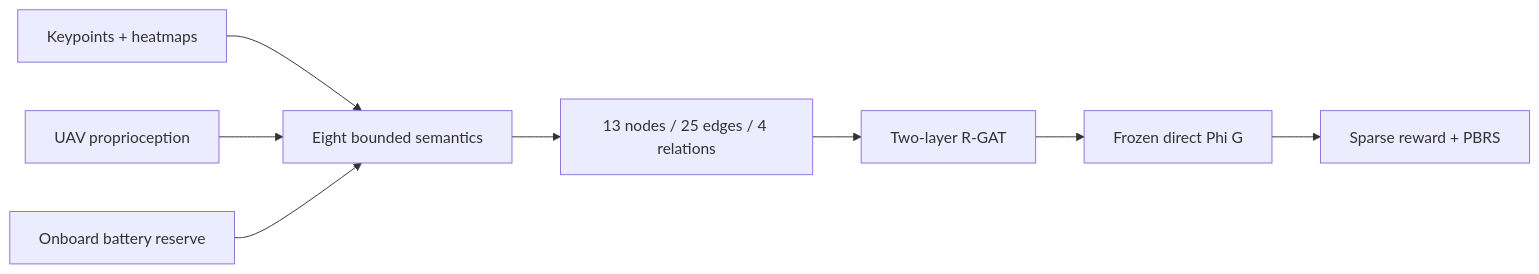
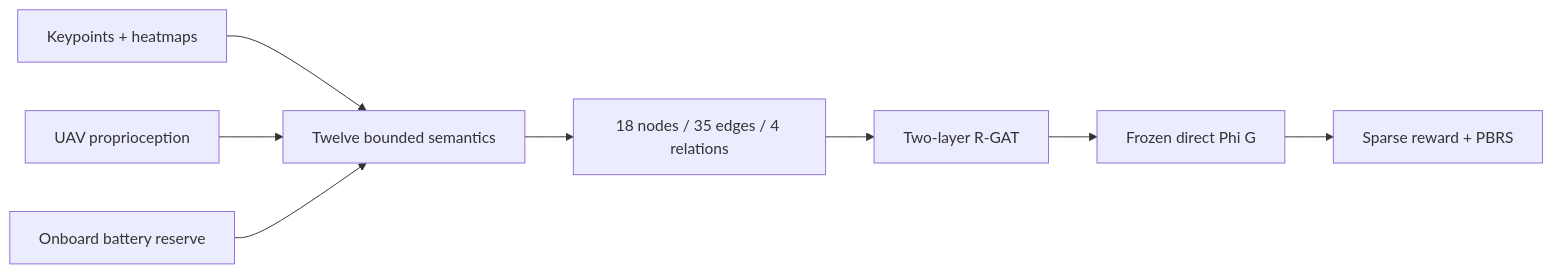
Before and after one commit to junsuk123/OntoReward-RL: the second of 2 diagrams in Ontology_RGAT_UAV_RL_ISAAC_PX4/README.md, drawn with Mermaid. The commit also changed other lines of this file and 28 other files, not shown here.

````diff
--- a/Ontology_RGAT_UAV_RL_ISAAC_PX4/README.md
+++ b/Ontology_RGAT_UAV_RL_ISAAC_PX4/README.md
@@ -114,10 +119,10 @@
 ```mermaid
 flowchart LR
-  KP[Keypoints + heatmaps] --> SEM[Eight bounded semantics]
+  KP[Keypoints + heatmaps] --> SEM[Twelve bounded semantics]
   UAV[UAV proprioception] --> SEM
   BAT[Onboard battery reserve] --> SEM
-  SEM --> GRAPH[13 nodes / 25 edges / 4 relations]
+  SEM --> GRAPH[18 nodes / 35 edges / 4 relations]
   GRAPH --> RGAT[Two-layer R-GAT]
   RGAT --> PHI[Frozen direct Phi G]
   PHI --> PBRS[Sparse reward + PBRS]
 ```
````
